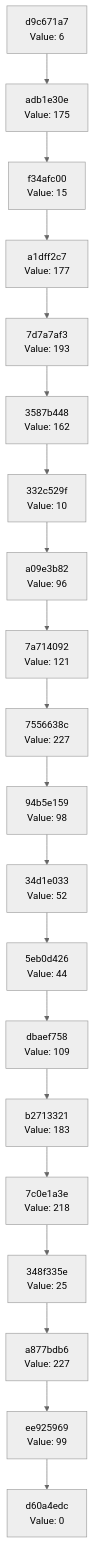
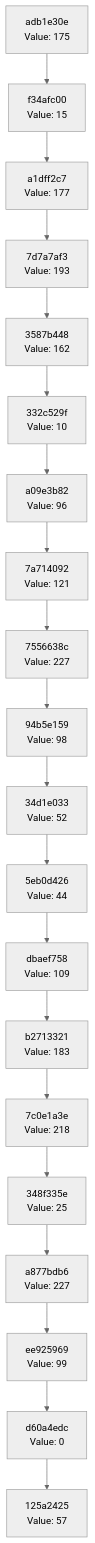
One commit to Abhisheksinha1506/hash-chain-evolver changed the diagram in docs/CHAIN_VISUALIZATION.md. Above: the diagram before and after it, drawn with Mermaid (neutral theme). The commit also changed 2 other files, not shown here.

Commit message:
Evolution Step

````diff
--- a/docs/CHAIN_VISUALIZATION.md
+++ b/docs/CHAIN_VISUALIZATION.md
@@ -3,42 +3,42 @@
 ```mermaid
 graph TD
-    C0["d60a4edc<br/>Value: 0"]
-    C1["ee925969<br/>Value: 99"]
+    C0["125a2425<br/>Value: 57"]
+    C1["d60a4edc<br/>Value: 0"]
     C1 --> C0
-    C2["a877bdb6<br/>Value: 227"]
+    C2["ee925969<br/>Value: 99"]
     C2 --> C1
-    C3["348f335e<br/>Value: 25"]
+    C3["a877bdb6<br/>Value: 227"]
     C3 --> C2
-    C4["7c0e1a3e<br/>Value: 218"]
+    C4["348f335e<br/>Value: 25"]
     C4 --> C3
-    C5["b2713321<br/>Value: 183"]
+    C5["7c0e1a3e<br/>Value: 218"]
     C5 --> C4
-    C6["dbaef758<br/>Value: 109"]
+    C6["b2713321<br/>Value: 183"]
     C6 --> C5
-    C7["5eb0d426<br/>Value: 44"]
+    C7["dbaef758<br/>Value: 109"]
     C7 --> C6
-    C8["34d1e033<br/>Value: 52"]
+    C8["5eb0d426<br/>Value: 44"]
     C8 --> C7
-    C9["94b5e159<br/>Value: 98"]
+    C9["34d1e033<br/>Value: 52"]
     C9 --> C8
-    C10["7556638c<br/>Value: 227"]
+    C10["94b5e159<br/>Value: 98"]
     C10 --> C9
-    C11["7a714092<br/>Value: 121"]
+    C11["7556638c<br/>Value: 227"]
     C11 --> C10
-    C12["a09e3b82<br/>Value: 96"]
+    C12["7a714092<br/>Value: 121"]
     C12 --> C11
-    C13["332c529f<br/>Value: 10"]
+    C13["a09e3b82<br/>Value: 96"]
     C13 --> C12
-    C14["3587b448<br/>Value: 162"]
+    C14["332c529f<br/>Value: 10"]
     C14 --> C13
-    C15["7d7a7af3<br/>Value: 193"]
+    C15["3587b448<br/>Value: 162"]
     C15 --> C14
-    C16["a1dff2c7<br/>Value: 177"]
+    C16["7d7a7af3<br/>Value: 193"]
     C16 --> C15
-    C17["f34afc00<br/>Value: 15"]
+    C17["a1dff2c7<br/>Value: 177"]
     C17 --> C16
-    C18["adb1e30e<br/>Value: 175"]
+    C18["f34afc00<br/>Value: 15"]
     C18 --> C17
-    C19["d9c671a7<br/>Value: 6"]
+    C19["adb1e30e<br/>Value: 175"]
     C19 --> C18
 ```
````
